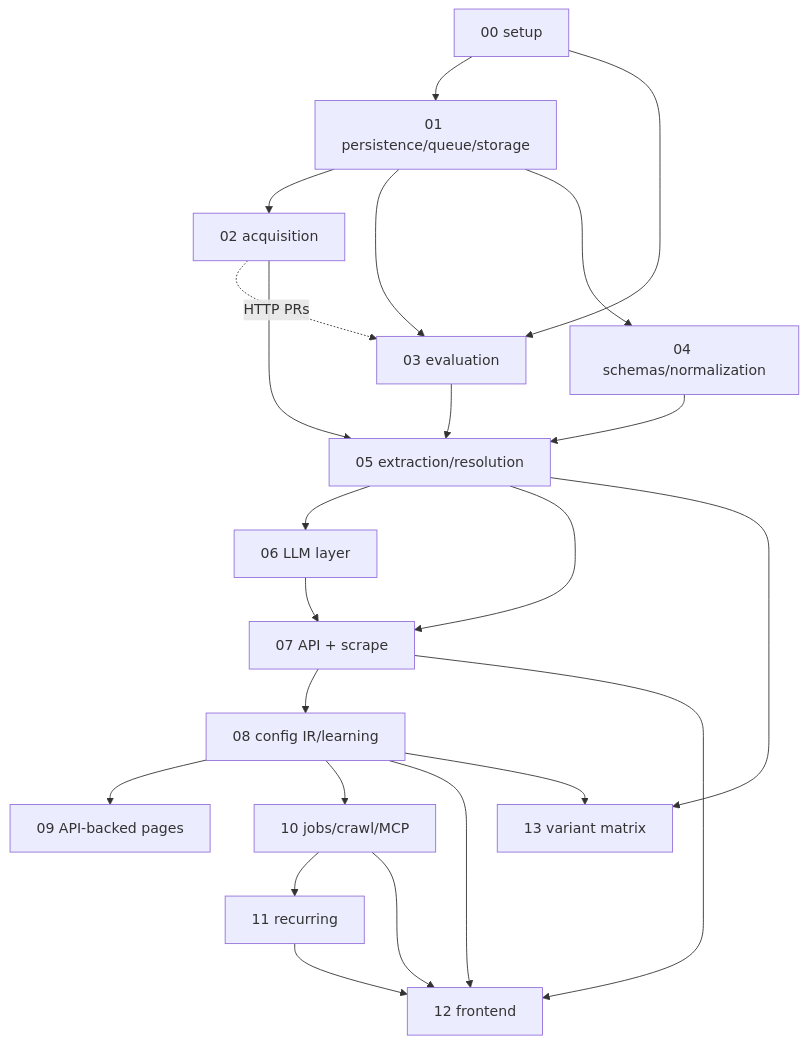
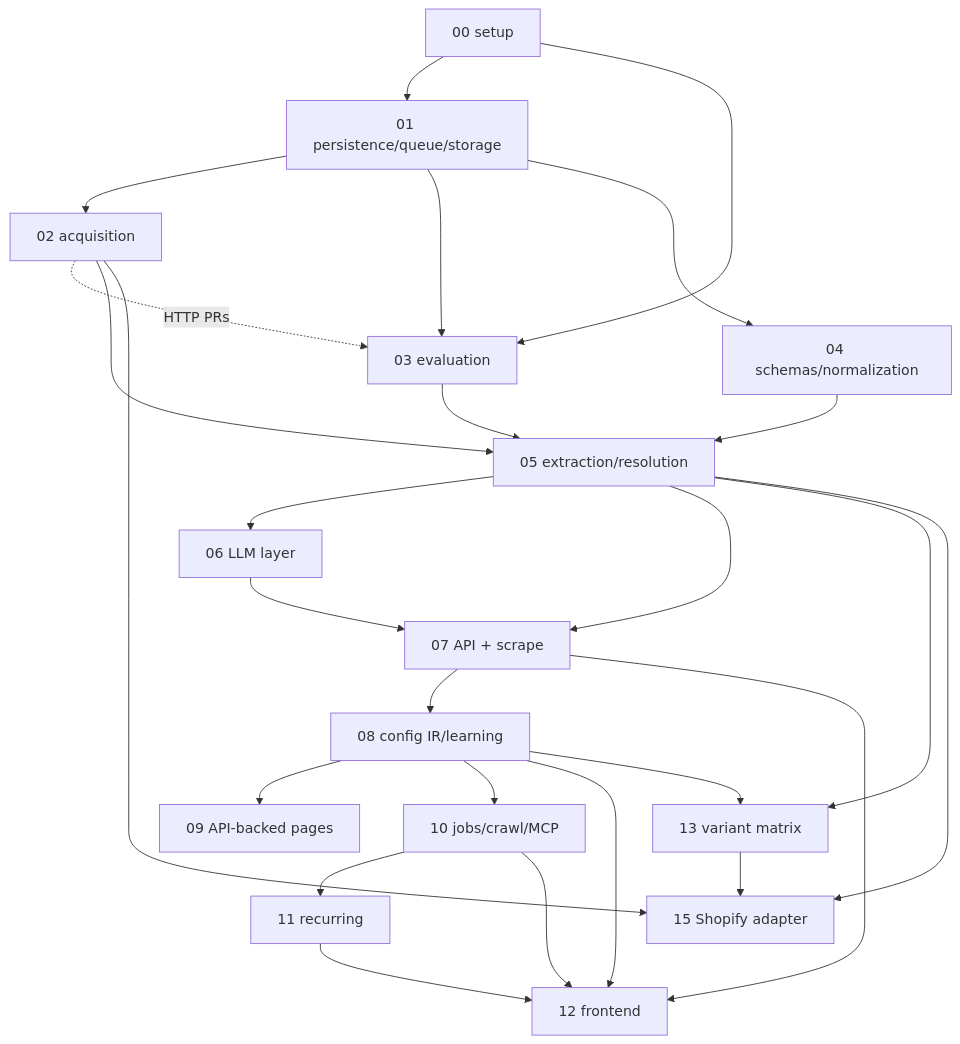
Before and after one commit to Cube-27/CrawlerAIv2: the diagram in docs/specs/README.md, drawn with Mermaid. The commit also changed other lines of this file and 43 other files, not shown here.

First line of the commit message:
feat(adapters): Shopify storefront adapter (SPEC-15) (#219)

````diff
--- a/docs/specs/README.md
+++ b/docs/specs/README.md
@@ -40,25 +41,28 @@
 ```mermaid
 flowchart TB
   S00[00 setup] --> S01[01 persistence/queue/storage]
   S01 --> S02[02 acquisition]
   S00 --> S03[03 evaluation]
   S01 --> S03
   S02 -. HTTP PRs .-> S03
   S01 --> S04[04 schemas/normalization]
   S03 --> S05[05 extraction/resolution]
   S04 --> S05
   S02 --> S05
   S05 --> S06[06 LLM layer]
   S05 --> S07[07 API + scrape]
   S06 --> S07
   S07 --> S08[08 config IR/learning]
   S08 --> S09[09 API-backed pages]
   S08 --> S10[10 jobs/crawl/MCP]
   S10 --> S11[11 recurring]
   S07 --> S12[12 frontend]
   S08 --> S12
   S10 --> S12
   S11 --> S12
   S05 --> S13[13 variant matrix]
   S08 --> S13
+  S02 --> S15[15 Shopify adapter]
+  S05 --> S15
+  S13 --> S15
 ```
````
